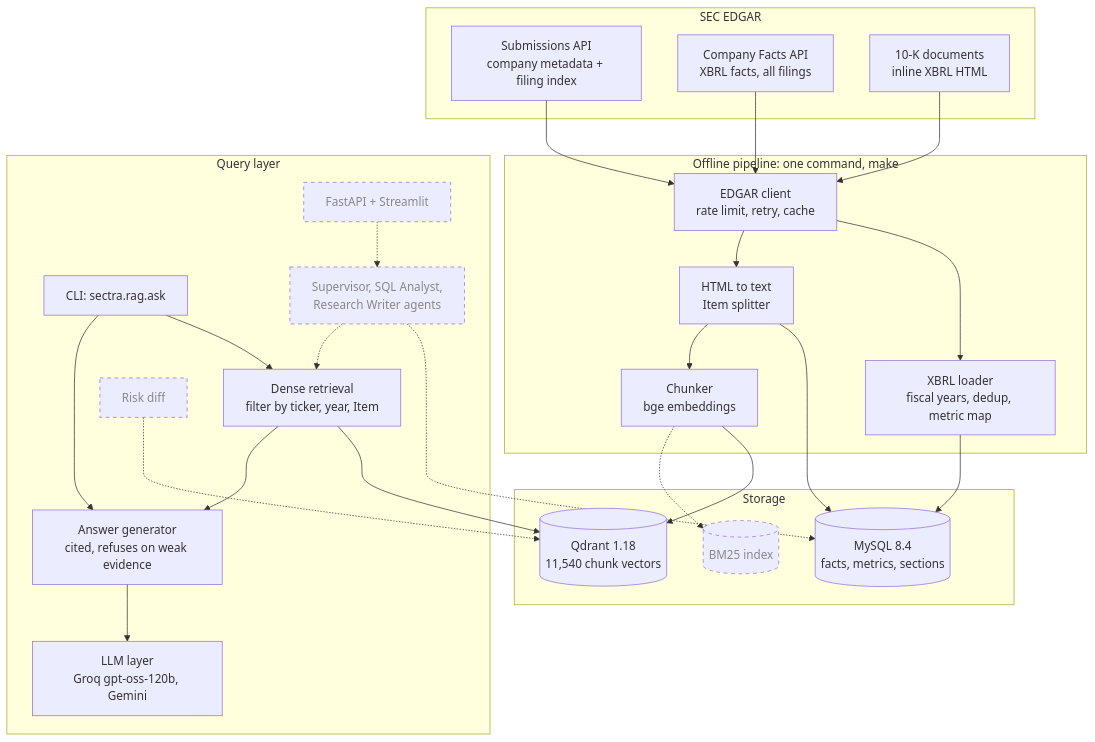
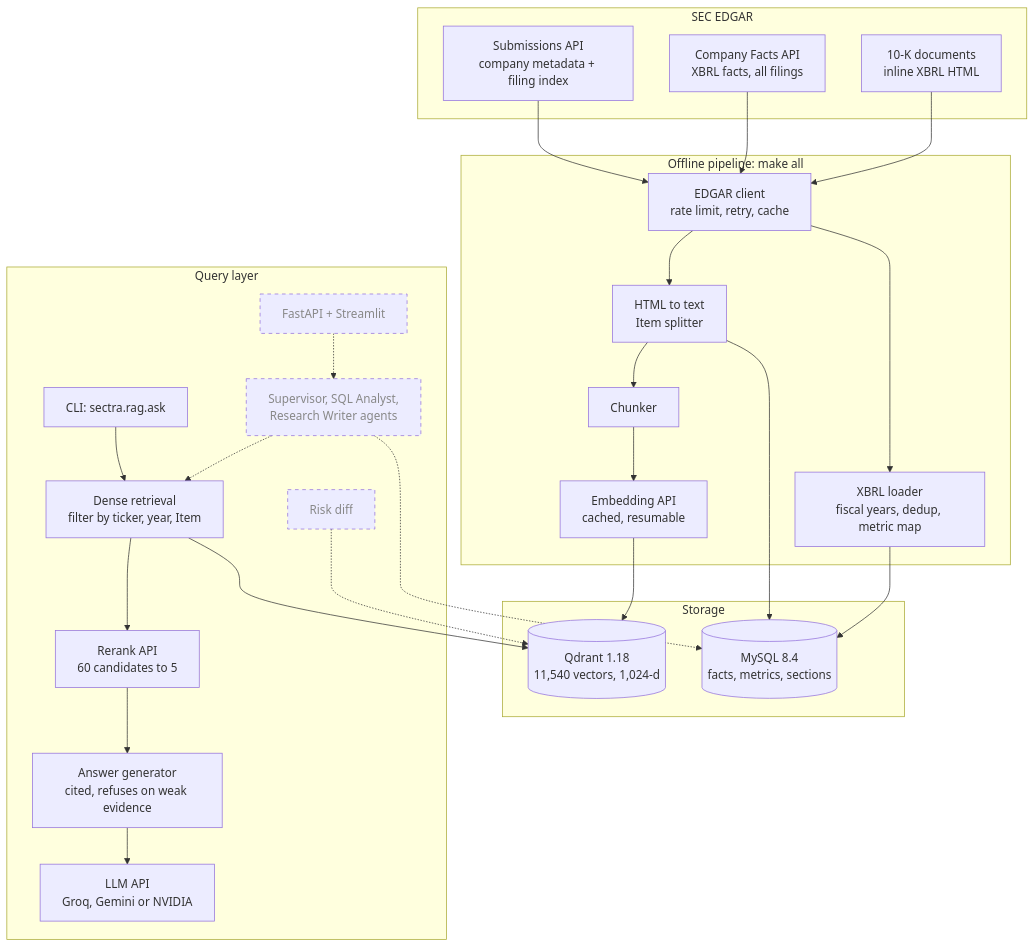
The first of 2 diagrams in README.md (iamnitishsah/S.E.C.T.R.A), drawn with Mermaid before and after one commit. The commit also changed other lines of this file and 46 other files, not shown here.

````diff
--- a/README.md
+++ b/README.md
@@ -130,49 +124,49 @@
 ```mermaid
 flowchart TB
     subgraph SRC["SEC EDGAR"]
         S1["Submissions API<br/>company metadata + filing index"]
         S2["Company Facts API<br/>XBRL facts, all filings"]
         S3["10-K documents<br/>inline XBRL HTML"]
     end
 
-    subgraph ING["Offline pipeline: one command, make"]
+    subgraph ING["Offline pipeline: make all"]
         I1["EDGAR client<br/>rate limit, retry, cache"]
         I2["XBRL loader<br/>fiscal years, dedup, metric map"]
         I3["HTML to text<br/>Item splitter"]
-        I4["Chunker<br/>bge embeddings"]
+        I4["Chunker"]
+        I5["Embedding API<br/>cached, resumable"]
     end
 
     subgraph STORE["Storage"]
         D1[("MySQL 8.4<br/>facts, metrics, sections")]
-        D2[("Qdrant 1.18<br/>11,540 chunk vectors")]
-        D3[("BM25 index")]
+        D2[("Qdrant 1.18<br/>11,540 vectors, 1,024-d")]
     end
 
     subgraph QRY["Query layer"]
         Q1["CLI: sectra.rag.ask"]
         Q2["Dense retrieval<br/>filter by ticker, year, Item"]
+        Q4["Rerank API<br/>60 candidates to 5"]
         Q3["Answer generator<br/>cited, refuses on weak evidence"]
-        L1["LLM layer<br/>Groq gpt-oss-120b, Gemini"]
+        L1["LLM API<br/>Groq, Gemini or NVIDIA"]
         P1["Supervisor, SQL Analyst,<br/>Research Writer agents"]
         P2["Risk diff"]
         P3["FastAPI + Streamlit"]
     end
 
     S1 --> I1
     S2 --> I1
     S3 --> I1
     I1 --> I2 --> D1
     I1 --> I3 --> D1
-    I3 --> I4 --> D2
-    I4 -.-> D3
+    I3 --> I4 --> I5 --> D2
     Q1 --> Q2 --> D2
-    Q1 --> Q3 --> L1
-    Q2 --> Q3
+    Q2 --> Q4 --> Q3
+    Q3 --> L1
     P3 -.-> P1
     P1 -.-> D1
     P1 -.-> Q2
     P2 -.-> D2
 
     classDef planned stroke-dasharray: 5 5,color:#888
-    class D3,P1,P2,P3 planned
+    class P1,P2,P3 planned
 ```
````
